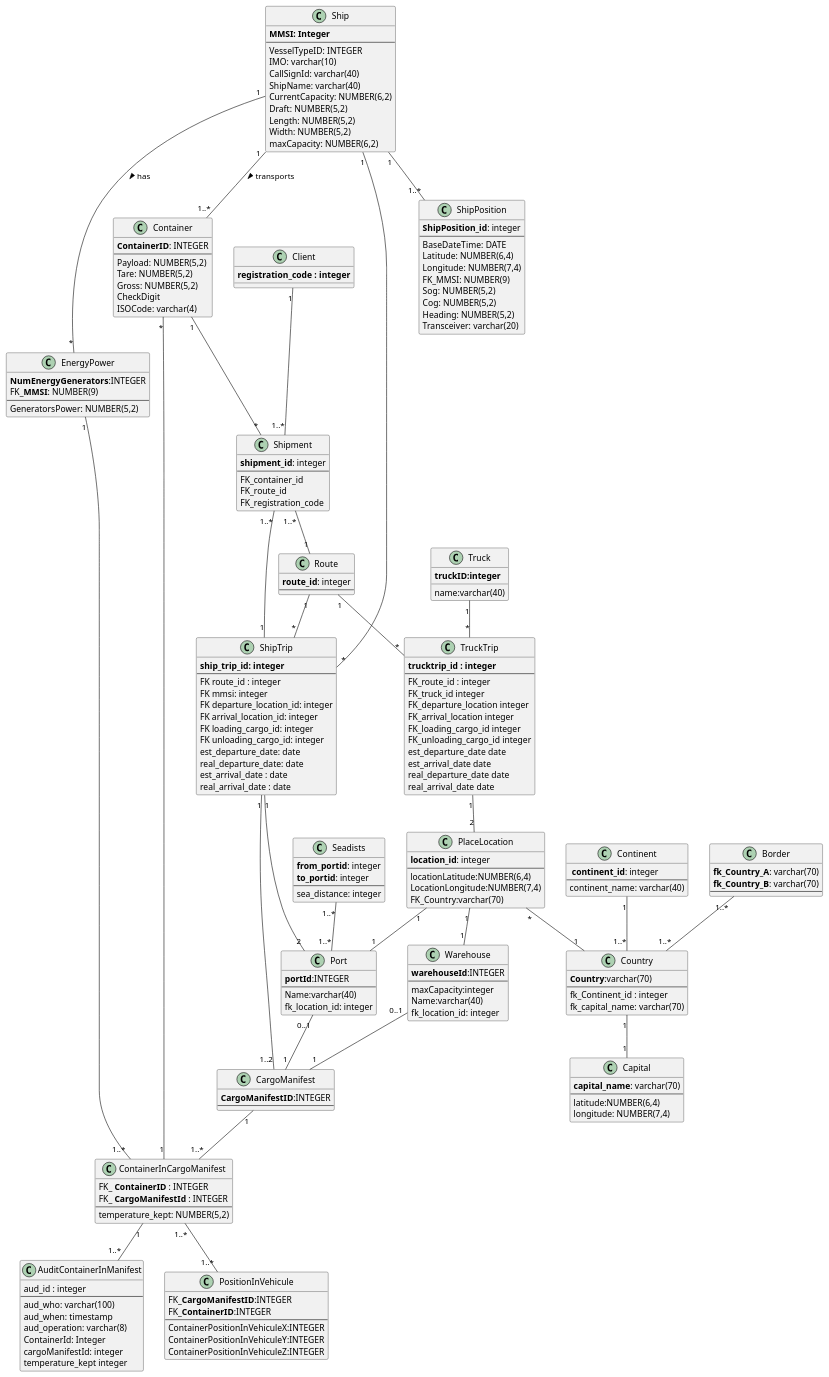
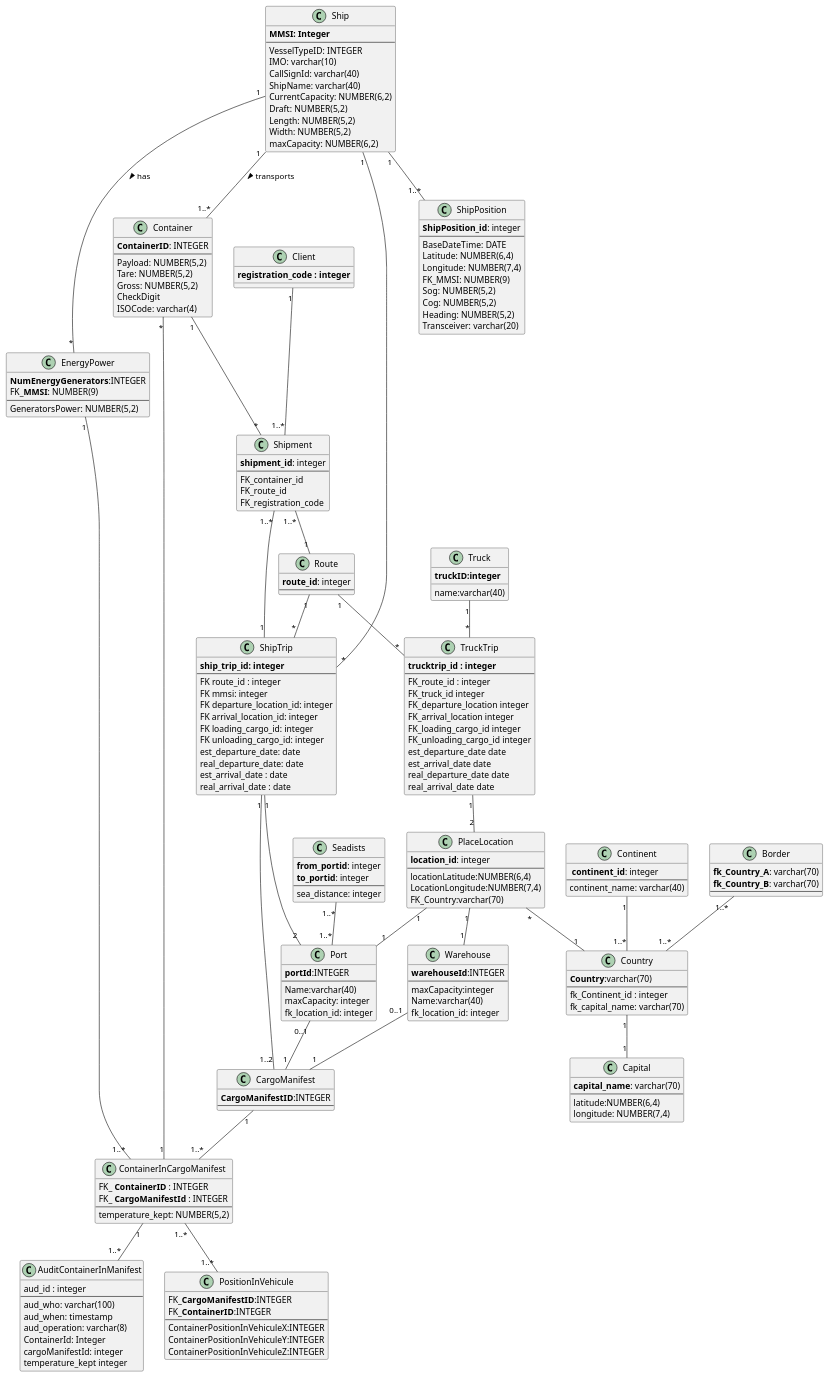
Before and after one commit to ana-albergaria/LAPR3-ISEP: the diagram in docs/Sprint 3/DataModel/Data_Model_Physical.puml, drawn with PlantUML. The commit also changed 1 other file, not shown here.

```diff
--- a/docs/Sprint 3/DataModel/Data_Model_Physical.puml
+++ b/docs/Sprint 3/DataModel/Data_Model_Physical.puml
@@ -125,6 +125,7 @@
     **portId**:INTEGER
     ---
     Name:varchar(40)
+    maxCapacity: integer
     fk_location_id: integer
 }
 
```
